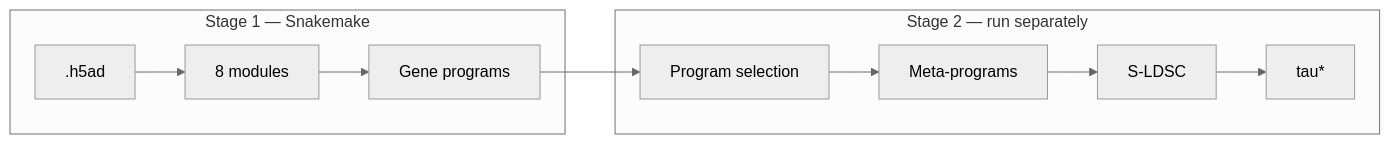
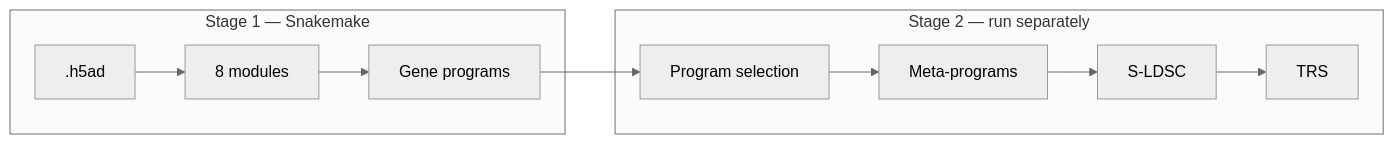
Before and after one commit to Deylab999MSKCC/perturbscape-docs: the diagram in docs/docs/index.md, drawn with Mermaid (neutral theme). The commit also changed other lines of this file and 14 other files, not shown here.

````diff
--- a/docs/docs/index.md
+++ b/docs/docs/index.md
@@ -13,9 +13,9 @@
 ```mermaid
 flowchart LR
     subgraph S1["Stage 1 — Snakemake"]
         A[".h5ad"] --> B["8 modules"] --> C["Gene programs"]
     end
     subgraph S2["Stage 2 — run separately"]
-        C --> D["Program selection"] --> E["Meta-programs"] --> F["S-LDSC"] --> G["tau*"]
+        C --> D["Program selection"] --> E["Meta-programs"] --> F["S-LDSC"] --> G["TRS"]
     end
 ```
````
